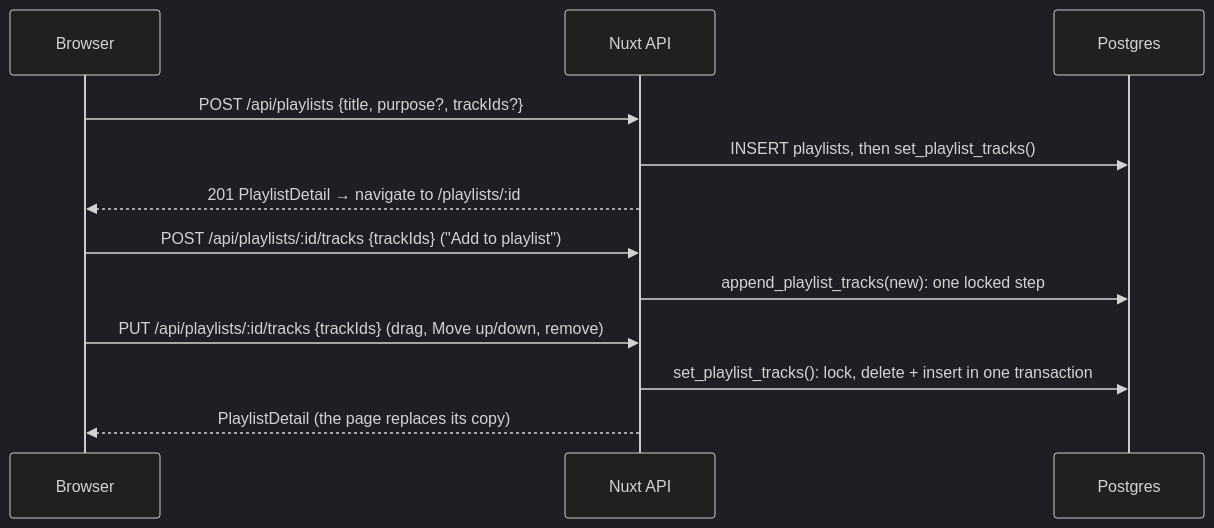
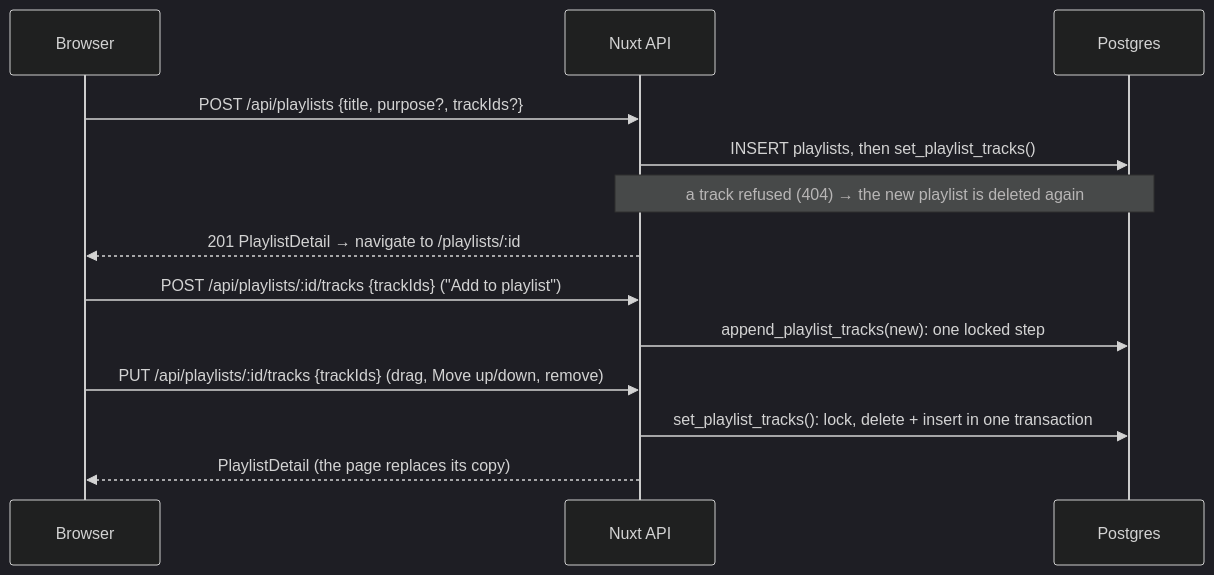
The eighth of 11 diagrams in docs/07-data-flows.md (alesssz/Chronovault), drawn with Mermaid (dark theme) before and after one commit. The commit also changed other lines of this file and 17 other files, not shown here.

````diff
--- a/docs/07-data-flows.md
+++ b/docs/07-data-flows.md
@@ -382,14 +382,15 @@
 ```mermaid
 sequenceDiagram
   participant B as Browser
   participant N as Nuxt API
   participant D as Postgres
   B->>N: POST /api/playlists {title, purpose?, trackIds?}
   N->>D: INSERT playlists, then set_playlist_tracks()
+  Note over N,D: a track refused (404) → the new playlist is deleted again
   N-->>B: 201 PlaylistDetail → navigate to /playlists/:id
   B->>N: POST /api/playlists/:id/tracks {trackIds} ("Add to playlist")
   N->>D: append_playlist_tracks(new): one locked step
   B->>N: PUT /api/playlists/:id/tracks {trackIds} (drag, Move up/down, remove)
   N->>D: set_playlist_tracks(): lock, delete + insert in one transaction
   N-->>B: PlaylistDetail (the page replaces its copy)
 ```
````
